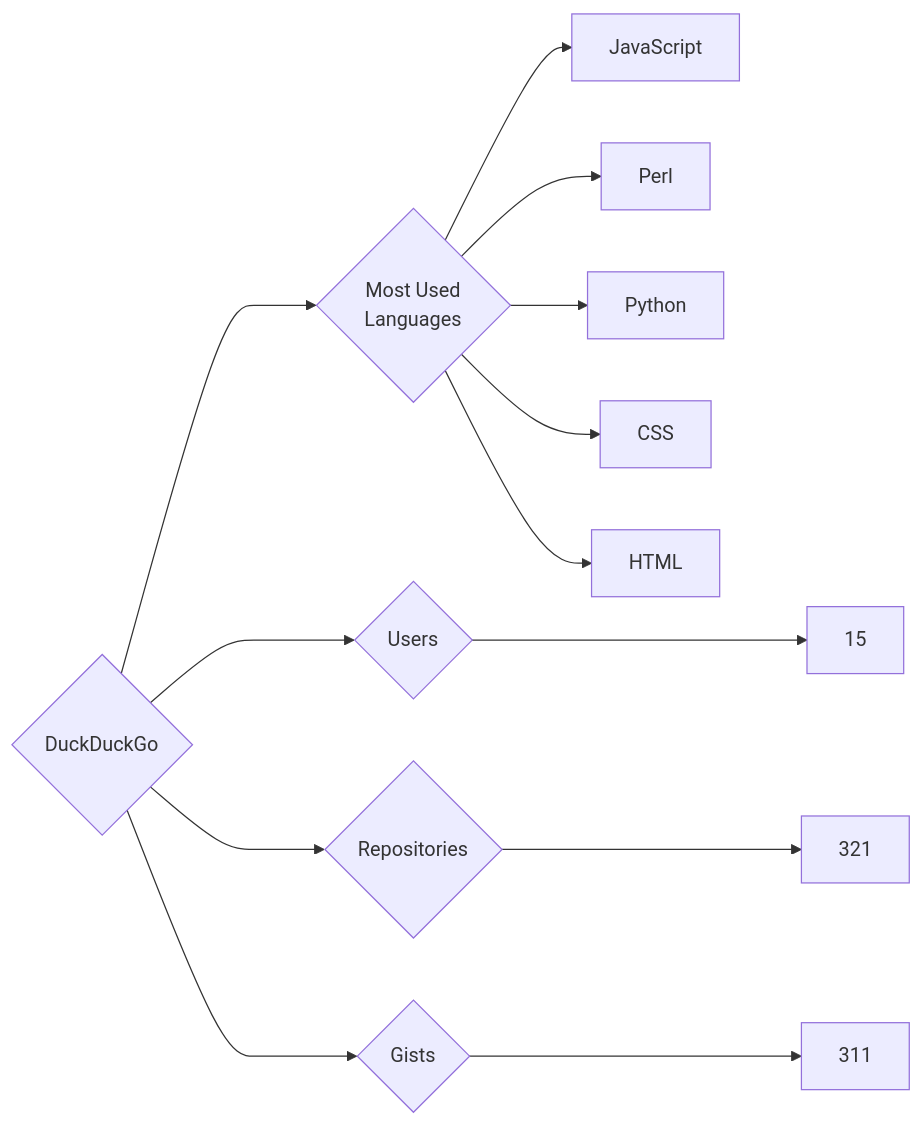
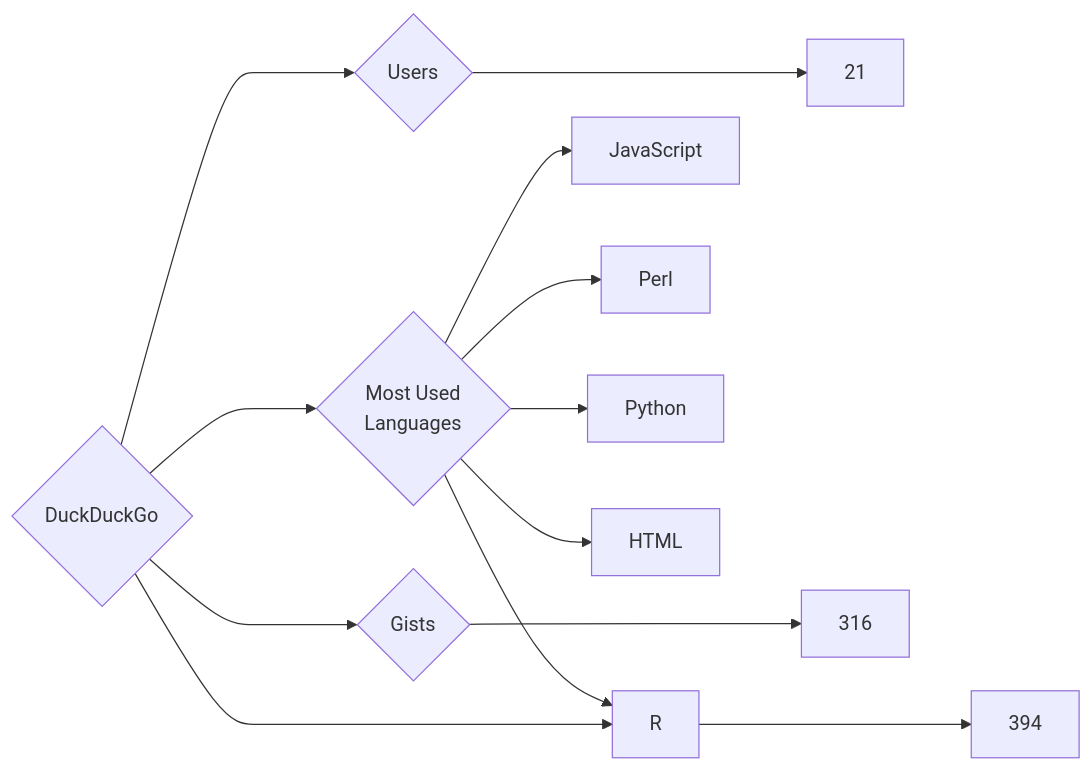
The diagram in targets/DuckDuckGo/README.md (trickest/insiders), drawn with Mermaid before and after one commit. The commit also changed 1020 other files, not shown here.

````diff
--- a/targets/DuckDuckGo/README.md
+++ b/targets/DuckDuckGo/README.md
@@ -3,13 +3,13 @@
 ```mermaid
 graph LR
 COMPANY_NAME{DuckDuckGo}
-COMPANY_NAME ---> U{Users} ---> UN[15]
-COMPANY_NAME ---> R{Repositories} ---> RN[321]
-COMPANY_NAME ---> G{Gists} ---> GN[311]
+COMPANY_NAME ---> U{Users} ---> UN[21]
+COMPANY_NAME ---> R{Repositories} ---> RN[394]
+COMPANY_NAME ---> G{Gists} ---> GN[316]
 COMPANY_NAME ---> ML{Most Used<br>Languages}
 ML --> JavaScript[JavaScript]
+ML --> R[R]
 ML --> Perl[Perl]
 ML --> Python[Python]
-ML --> CSS[CSS]
 ML --> HTML[HTML]
 ```
````
